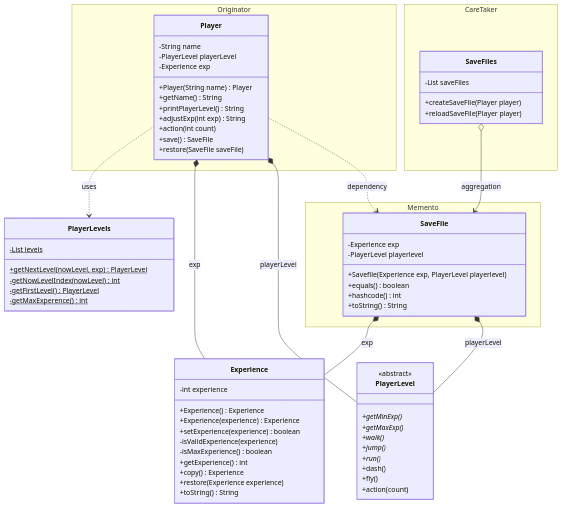
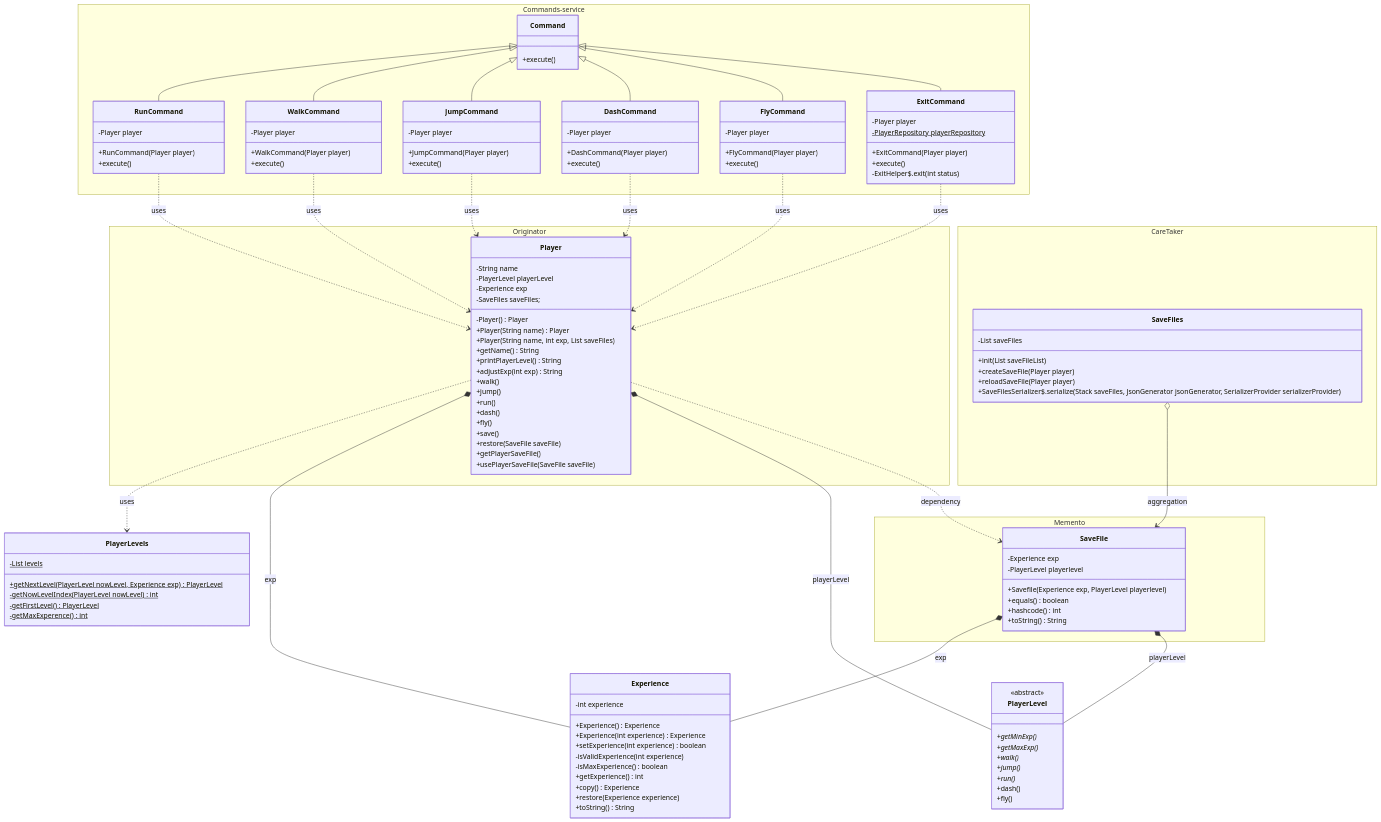
Before and after one commit to SeungHeeNoh/designPattern: the diagram in CommandPattern/README.md, drawn with Mermaid. The commit also changed other lines of this file, not shown here.

Commit message:
doc: Command Pattern 구현 > reamdme.md 작성
- 프로젝트 설명
- class 설명
- class diagram

````diff
--- a/CommandPattern/README.md
+++ b/CommandPattern/README.md
@@ -22,19 +40,85 @@
     SaveFile *-- PlayerLevel : playerLevel
     
     Player ..> SaveFile : dependency
+    RunCommand ..> Player : uses
+    WalkCommand ..> Player : uses
+    JumpCommand ..> Player : uses
+    DashCommand ..> Player : uses
+    FlyCommand ..> Player : uses
+    ExitCommand ..> Player : uses
+
+    Command  <|-- RunCommand
+    Command  <|-- WalkCommand
+    Command  <|-- JumpCommand
+    Command  <|-- DashCommand
+    Command  <|-- FlyCommand
+    Command  <|-- ExitCommand
+    
+    namespace Commands-service {
+        class Command{
+            +execute()
+        }
+        
+        class RunCommand {
+            -Player player
+            +RunCommand(Player player)
+            +execute()
+        }
+
+        class WalkCommand {
+            -Player player
+            +WalkCommand(Player player)
+            +execute()
+        }
+
+        class JumpCommand {
+            -Player player
+            +JumpCommand(Player player)
+            +execute()
+        }
+
+        class DashCommand {
+            -Player player
+            +DashCommand(Player player)
+            +execute()
+        }
+
+        class FlyCommand {
+            -Player player
+            +FlyCommand(Player player)
+            +execute()
+        }
+
+        class ExitCommand {
+            -Player player
+            -PlayerRepository playerRepository$
+            +ExitCommand(Player player)
+            +execute()
+            -ExitHelper$.exit(int status)
+        }
+ }
 
     namespace Originator {
     class Player {
         -String name
         -PlayerLevel playerLevel
         -Experience exp
+        -SaveFiles saveFiles;
+        -Player() Player
         +Player(String name) Player
+        +Player(String name, int exp, List<SaveFile> saveFiles)
         +getName() String
         +printPlayerLevel() String
         +adjustExp(int exp) String
-        +action(int count)
-        +save() SaveFile
+        +walk()
+        +jump()
+        +run()
+        +dash()
+        +fly()
+        +save()
         +restore(SaveFile saveFile)
+        +getPlayerSaveFile()
+        +usePlayerSaveFile(SaveFile saveFile)
     }
 }
 
@@ -54,8 +138,10 @@
 namespace CareTaker {
     class SaveFiles {
         -List<SaveFile> saveFiles
+        +init(List<SaveFile> saveFileList)
         +createSaveFile(Player player)
         +reloadSaveFile(Player player)
+        +SaveFilesSerializer$.serialize(Stack<SaveFile> saveFiles, JsonGenerator jsonGenerator, SerializerProvider serializerProvider)
     }
 }
 
@@ -63,9 +149,9 @@
     class Experience {
         -int experience
         +Experience() Experience
-        +Experience(experience) Experience
-        +setExperience(experience) boolean
-        -isValidExperience(experience)
+        +Experience(int experience) Experience
+        +setExperience(int experience) boolean
+        -isValidExperience(int experience)
         -isMaxExperience() boolean
         +getExperience() int
         +copy() Experience
@@ -75,8 +161,8 @@
 
     class PlayerLevels {
         -List<PlayerLevel> levels$
-        +getNextLevel(nowLevel, exp) PlayerLevel$
-        -getNowLevelIndex(nowLevel) int$
+        +getNextLevel(PlayerLevel nowLevel, Experience exp) PlayerLevel$
+        -getNowLevelIndex(PlayerLevel nowLevel) int$
         -getFirstLevel() PlayerLevel$
         -getMaxExperence() int$
     }
@@ -90,6 +176,5 @@
         +run()*
         +dash()
         +fly()
-        +action(count)
     }
 ```
````
